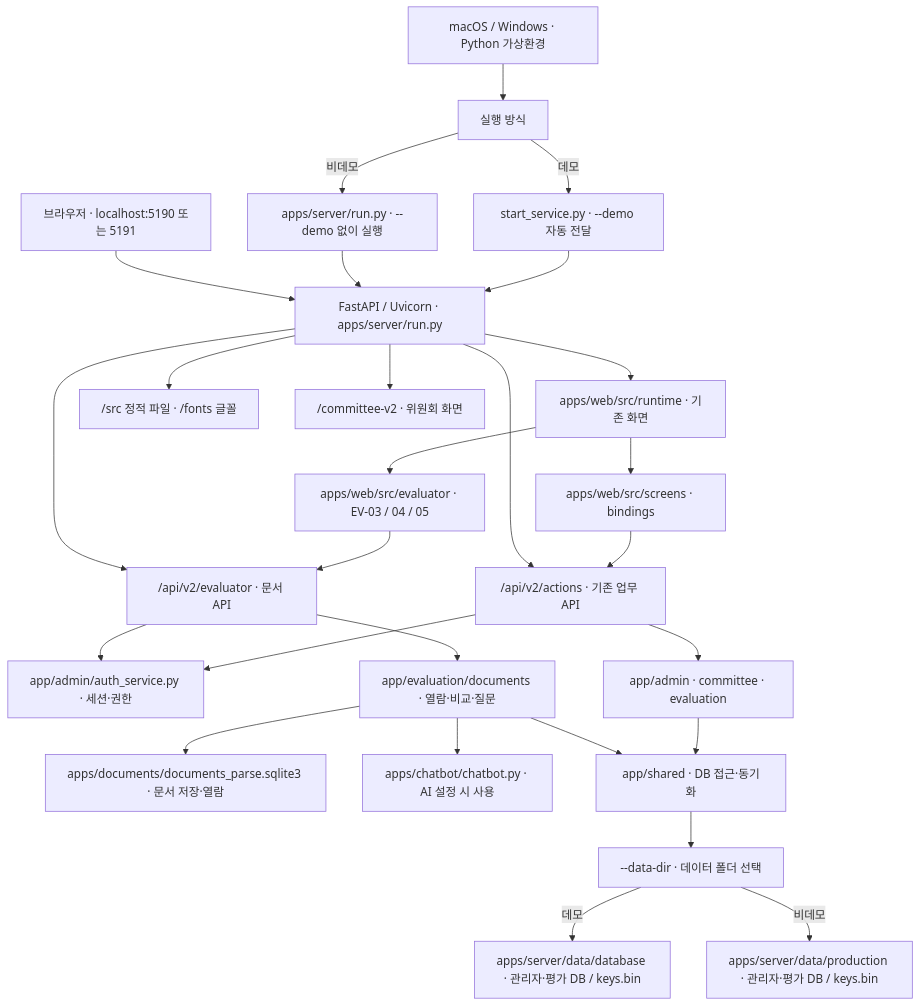
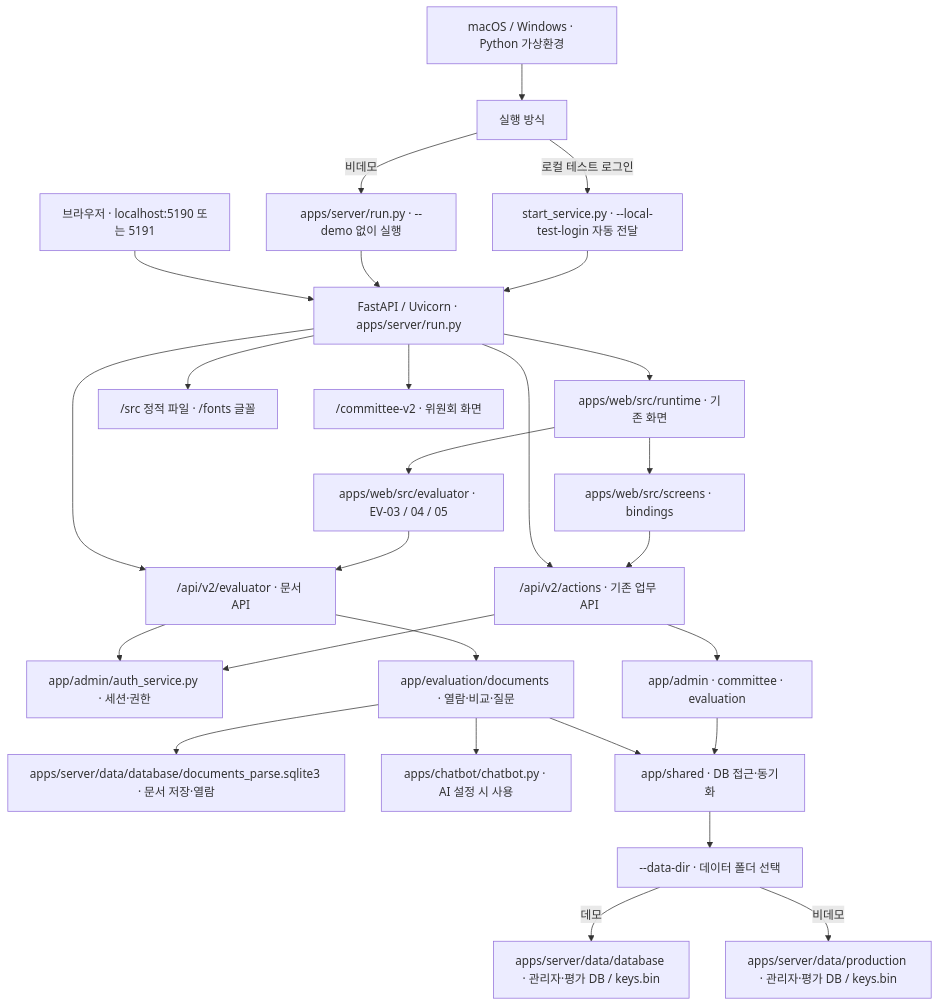
One commit to DaeUng79/Otopilot_team_v0.2 changed the first of 2 diagrams in SERVICE_ARCHITECTURE_AND_RUN.md. Above: the diagram before and after it, drawn with Mermaid. The commit also changed other lines of this file and 75 other files, not shown here.

````diff
--- a/SERVICE_ARCHITECTURE_AND_RUN.md
+++ b/SERVICE_ARCHITECTURE_AND_RUN.md
@@ -9,29 +9,29 @@
 ```mermaid
 flowchart TB
     PY["macOS / Windows · Python 가상환경"] --> MODE["실행 방식"]
-    MODE -->|데모| DEMO["start_service.py · --demo 자동 전달"]
+    MODE -->|로컬 테스트 로그인| DEMO["start_service.py · --local-test-login 자동 전달"]
     MODE -->|비데모| REAL["apps/server/run.py · --demo 없이 실행"]
     DEMO --> HOST["FastAPI / Uvicorn · apps/server/run.py"]
     REAL --> HOST
     USER["브라우저 · localhost:5190 또는 5191"] --> HOST
     HOST --> UI["apps/web/src/runtime · 기존 화면"]
     UI --> BIND["apps/web/src/screens · bindings"]
     UI --> EVUI["apps/web/src/evaluator · EV-03 / 04 / 05"]
     HOST --> STATIC["/src 정적 파일 · /fonts 글꼴"]
     HOST --> COMMITTEE["/committee-v2 · 위원회 화면"]
     BIND --> ACTIONS["/api/v2/actions · 기존 업무 API"]
     EVUI --> EVAPI["/api/v2/evaluator · 문서 API"]
     HOST --> ACTIONS
     HOST --> EVAPI
     ACTIONS --> AUTH["app/admin/auth_service.py · 세션·권한"]
     EVAPI --> AUTH
     ACTIONS --> CORE["app/admin · committee · evaluation"]
     EVAPI --> DOC["app/evaluation/documents · 열람·비교·질문"]
-    DOC --> PARSED["apps/documents/documents_parse.sqlite3 · 문서 저장·열람"]
+    DOC --> PARSED["apps/server/data/database/documents_parse.sqlite3 · 문서 저장·열람"]
     DOC --> CHAT["apps/chatbot/chatbot.py · AI 설정 시 사용"]
     CORE --> SHARED["app/shared · DB 접근·동기화"]
     DOC --> SHARED
     SHARED --> DBMODE["--data-dir · 데이터 폴더 선택"]
     DBMODE -->|데모| DEMODB["apps/server/data/database · 관리자·평가 DB / keys.bin"]
     DBMODE -->|비데모| REALDB["apps/server/data/production · 관리자·평가 DB / keys.bin"]
 ```
````
